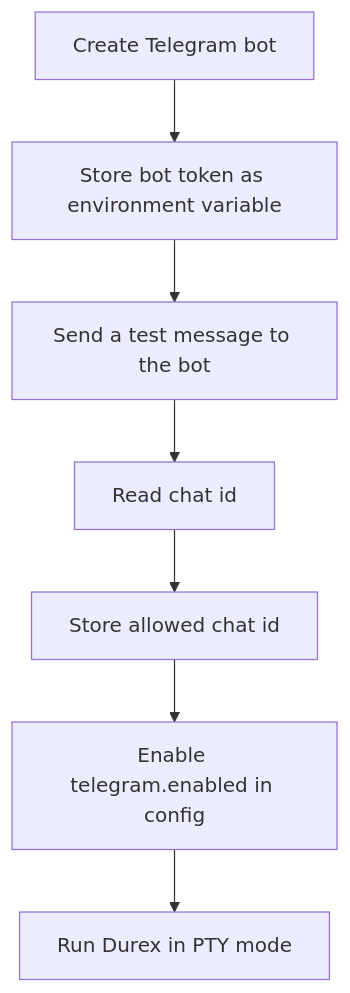
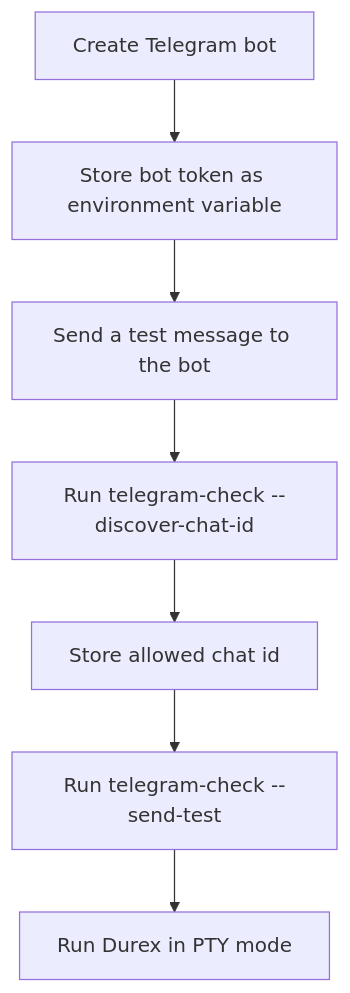
Before and after one commit to kinderp/durex: the fourth of 4 diagrams in docs/TELEGRAM_APPROVALS.md, drawn with Mermaid. The commit also changed other lines of this file and 5 other files, not shown here.

````diff
--- a/docs/TELEGRAM_APPROVALS.md
+++ b/docs/TELEGRAM_APPROVALS.md
@@ -245,9 +300,9 @@
 ```mermaid
 flowchart TD
     A[Create Telegram bot] --> B[Store bot token as environment variable]
     B --> C[Send a test message to the bot]
-    C --> D[Read chat id]
+    C --> D[Run telegram-check --discover-chat-id]
     D --> E[Store allowed chat id]
-    E --> F[Enable telegram.enabled in config]
+    E --> F[Run telegram-check --send-test]
     F --> G[Run Durex in PTY mode]
 ```
````
